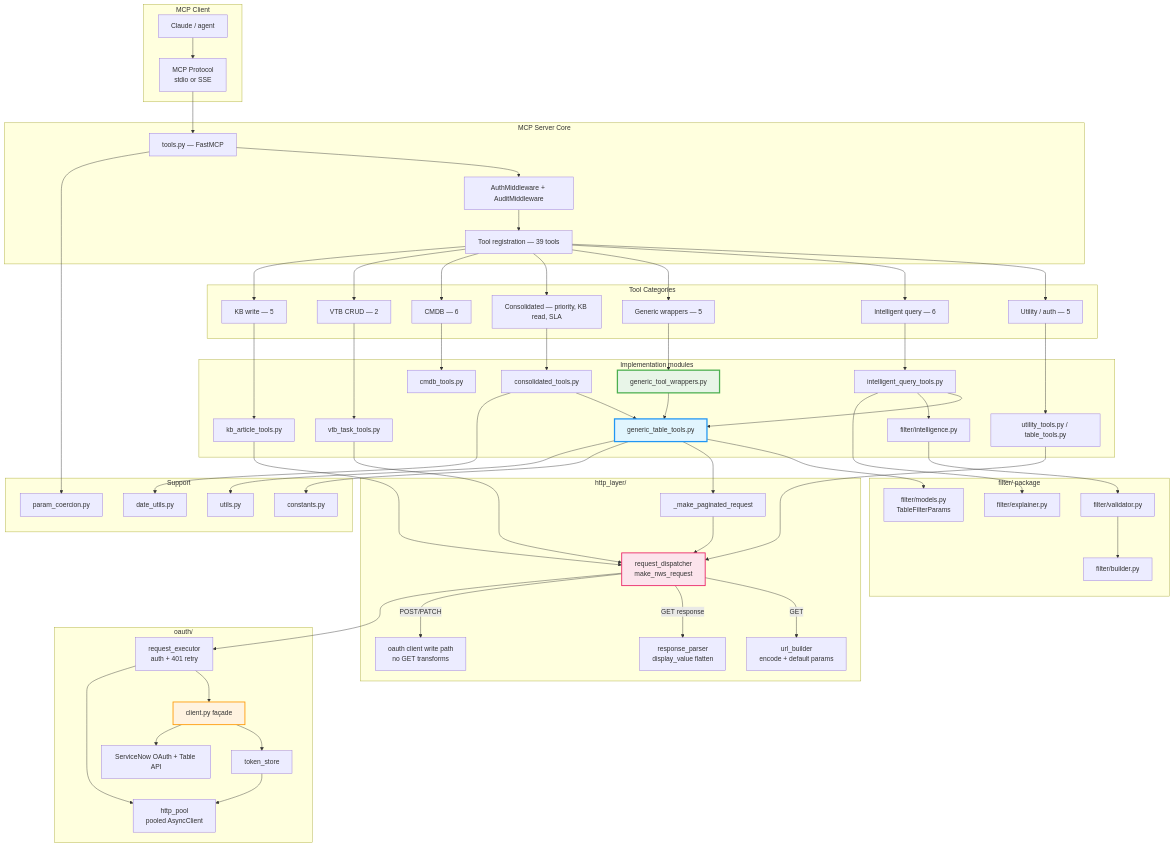
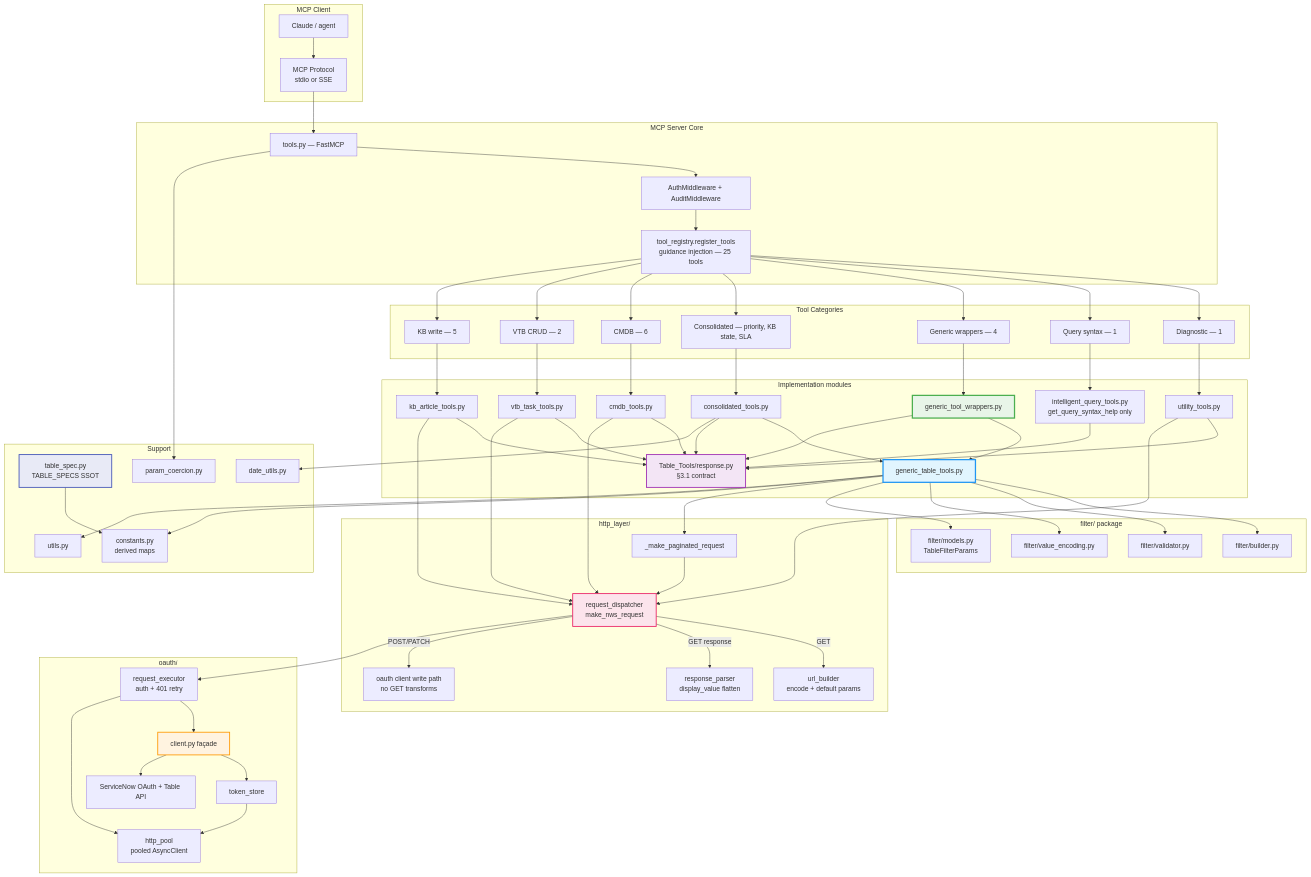
Before and after one commit to Papamzor/personal-mcp-servicenow: the diagram in Diagrams & Documentation/01-architecture-overview.md, drawn with Mermaid. The commit also changed other lines of this file, not shown here.

First line of the commit message:
docs(v5.0): refresh 01-architecture-overview for Boron surface

````diff
--- a/Diagrams & Documentation/01-architecture-overview.md
+++ b/Diagrams & Documentation/01-architecture-overview.md
@@ -11,22 +11,22 @@
     subgraph "MCP Server Core"
         B --> C[tools.py — FastMCP]
         C --> MW[AuthMiddleware + AuditMiddleware]
-        MW --> D[Tool registration — 39 tools]
+        MW --> REG[tool_registry.register_tools<br/>guidance injection — 25 tools]
     end
 
     subgraph "Tool Categories"
-        D --> E[Utility / auth — 5]
-        D --> F[Intelligent query — 6]
-        D --> G[Generic wrappers — 5]
-        D --> H[Consolidated — priority, KB read, SLA]
-        D --> I[CMDB — 6]
-        D --> J[VTB CRUD — 2]
-        D --> K[KB write — 5]
+        REG --> E[Diagnostic — 1]
+        REG --> F[Query syntax — 1]
+        REG --> G[Generic wrappers — 4]
+        REG --> H[Consolidated — priority, KB state, SLA]
+        REG --> I[CMDB — 6]
+        REG --> J[VTB CRUD — 2]
+        REG --> K[KB write — 5]
     end
 
     subgraph "Implementation modules"
-        E --> L[utility_tools.py / table_tools.py]
-        F --> AI[intelligent_query_tools.py]
+        E --> L[utility_tools.py]
+        F --> IQ[intelligent_query_tools.py<br/>get_query_syntax_help only]
         G --> GW[generic_tool_wrappers.py]
         H --> CT[consolidated_tools.py]
         I --> CMDB[cmdb_tools.py]
@@ -34,14 +34,19 @@
         K --> KB[kb_article_tools.py]
         GW --> GTT[generic_table_tools.py]
         CT --> GTT
-        AI --> GTT
-        AI --> NLP[filter/intelligence.py]
+        GW --> RESP[Table_Tools/response.py<br/>§3.1 contract]
+        CT --> RESP
+        VTB --> RESP
+        KB --> RESP
+        CMDB --> RESP
+        L --> RESP
+        IQ --> RESP
     end
 
     subgraph "filter/ package"
-        NLP --> FV[filter/validator.py]
-        FV --> FB[filter/builder.py]
-        AI --> FEXP[filter/explainer.py]
+        GTT --> FB[filter/builder.py]
+        GTT --> FV[filter/validator.py]
+        GTT --> FVE[filter/value_encoding.py]
         GTT --> FMOD[filter/models.py<br/>TableFilterParams]
     end
 
@@ -51,8 +56,9 @@
         VTB --> DISP
         KB --> DISP
         L --> DISP
+        CMDB --> DISP
         DISP -->|GET| URL[url_builder<br/>encode + default params]
-        DISP -->|GET response| RESP[response_parser<br/>display_value flatten]
+        DISP -->|GET response| RPAR[response_parser<br/>display_value flatten]
         DISP -->|POST/PATCH| WRITE[oauth client write path<br/>no GET transforms]
     end
 
@@ -66,7 +72,9 @@
     end
 
     subgraph "Support"
-        GTT --> CONST[constants.py]
+        SPEC[table_spec.py<br/>TABLE_SPECS SSOT]
+        SPEC --> CONST[constants.py<br/>derived maps]
+        GTT --> CONST
         GTT --> UTILS[utils.py]
         CT --> DATE[date_utils.py]
         C --> COERCE[param_coercion.py]
@@ -76,4 +84,6 @@
     style GTT fill:#e1f5fe,stroke:#2196f3,stroke-width:3px
     style DISP fill:#fce4ec,stroke:#e91e63,stroke-width:2px
     style CLI fill:#fff3e0,stroke:#ff9800,stroke-width:2px
+    style RESP fill:#f3e5f5,stroke:#9c27b0,stroke-width:2px
+    style SPEC fill:#e8eaf6,stroke:#3f51b5,stroke-width:2px
 ```
````
